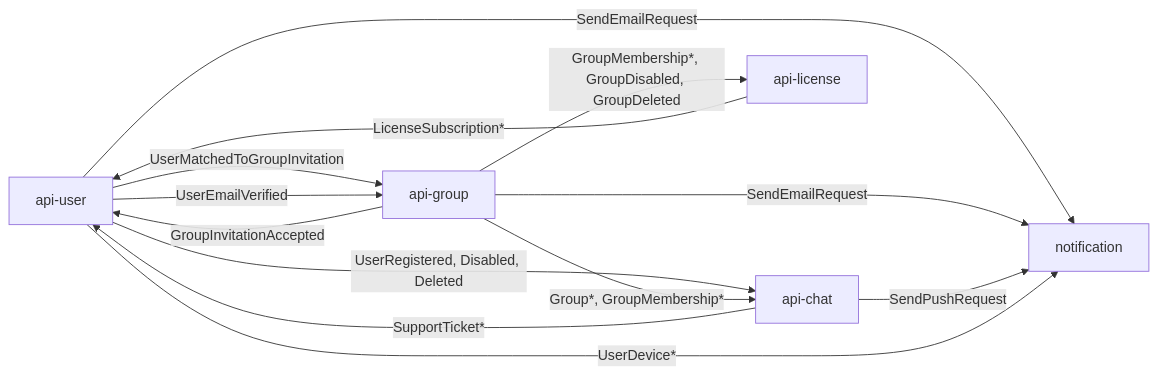
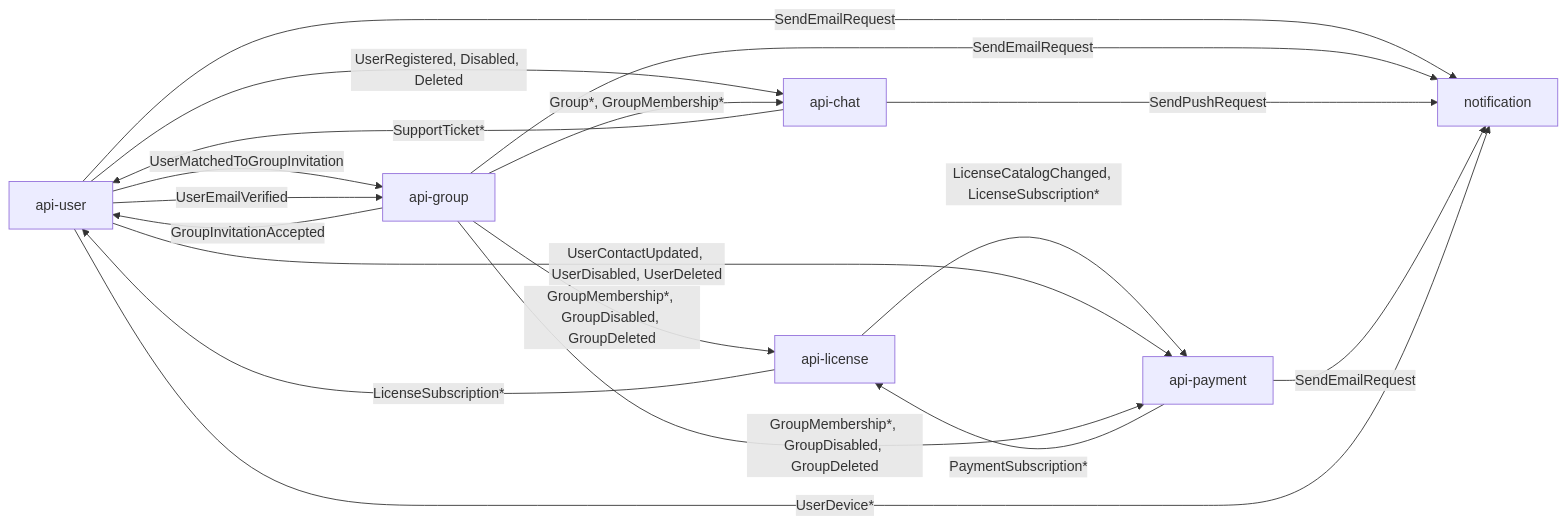
One commit to dragos-galeteanu/trip-huddle-backend changed the fifth of 6 diagrams in README.md. Above: the diagram before and after it, drawn with Mermaid. The commit also changed other lines of this file and 178 other files, not shown here.

````diff
--- a/README.md
+++ b/README.md
@@ -154,15 +167,20 @@
 ```mermaid
 flowchart LR
     U[api-user] -- "SendEmailRequest" --> N[notification]
     G[api-group] -- "SendEmailRequest" --> N
     G -- "GroupInvitationAccepted" --> U
     U -- "UserMatchedToGroupInvitation" --> G
     U -- "UserEmailVerified" --> G
     U -- "UserRegistered, Disabled, Deleted" --> CH[api-chat]
     G -- "Group*, GroupMembership*" --> CH
     CH -- "SendPushRequest" --> N
     CH -- "SupportTicket*" --> U
     G -- "GroupMembership*, GroupDisabled, GroupDeleted" --> L[api-license]
     L -- "LicenseSubscription*" --> U
+    L -- "LicenseCatalogChanged, LicenseSubscription*" --> PA[api-payment]
+    U -- "UserContactUpdated, UserDisabled, UserDeleted" --> PA
+    G -- "GroupMembership*, GroupDisabled, GroupDeleted" --> PA
+    PA -- "PaymentSubscription*" --> L
+    PA -- "SendEmailRequest" --> N
     U -- "UserDevice*" --> N
 ```
````
